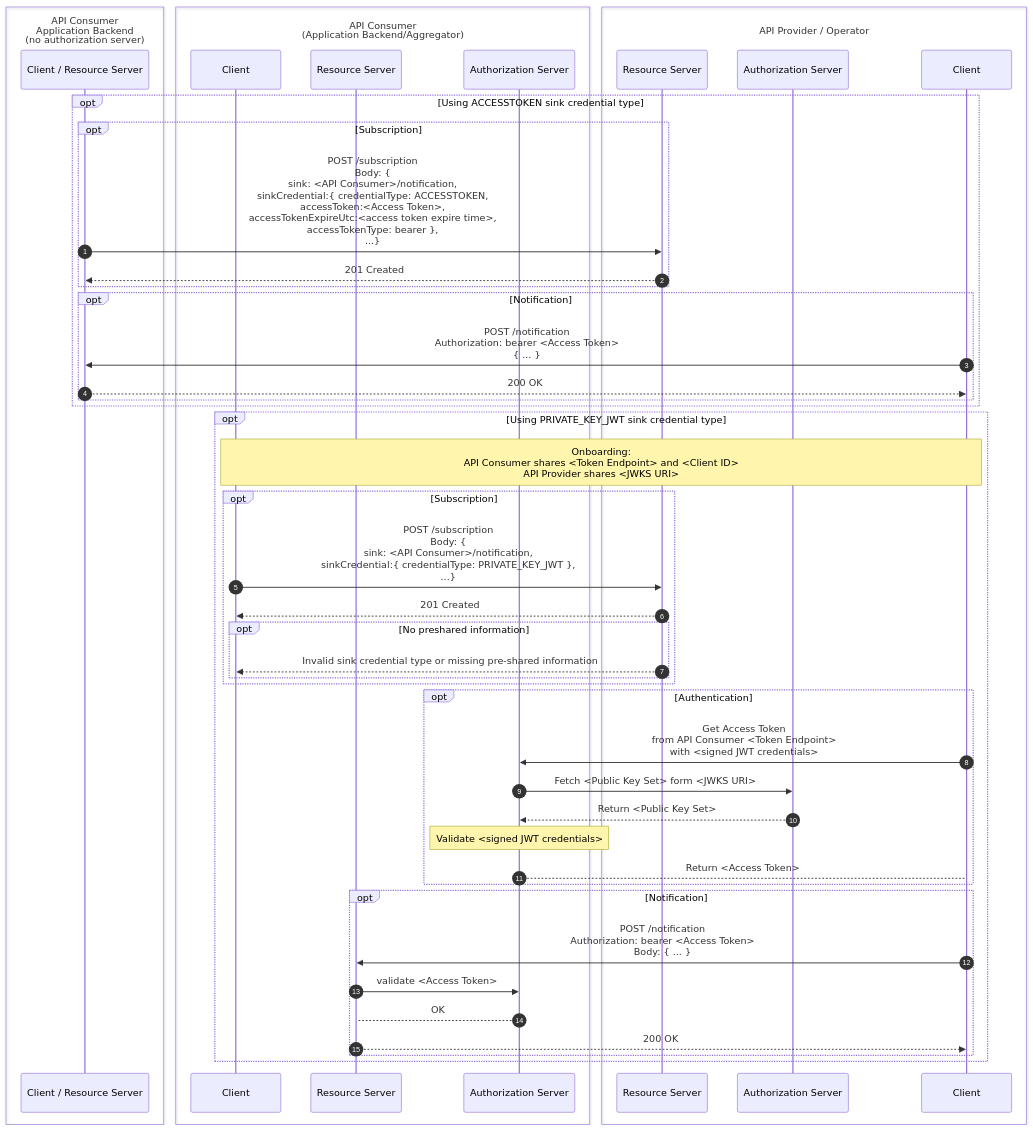
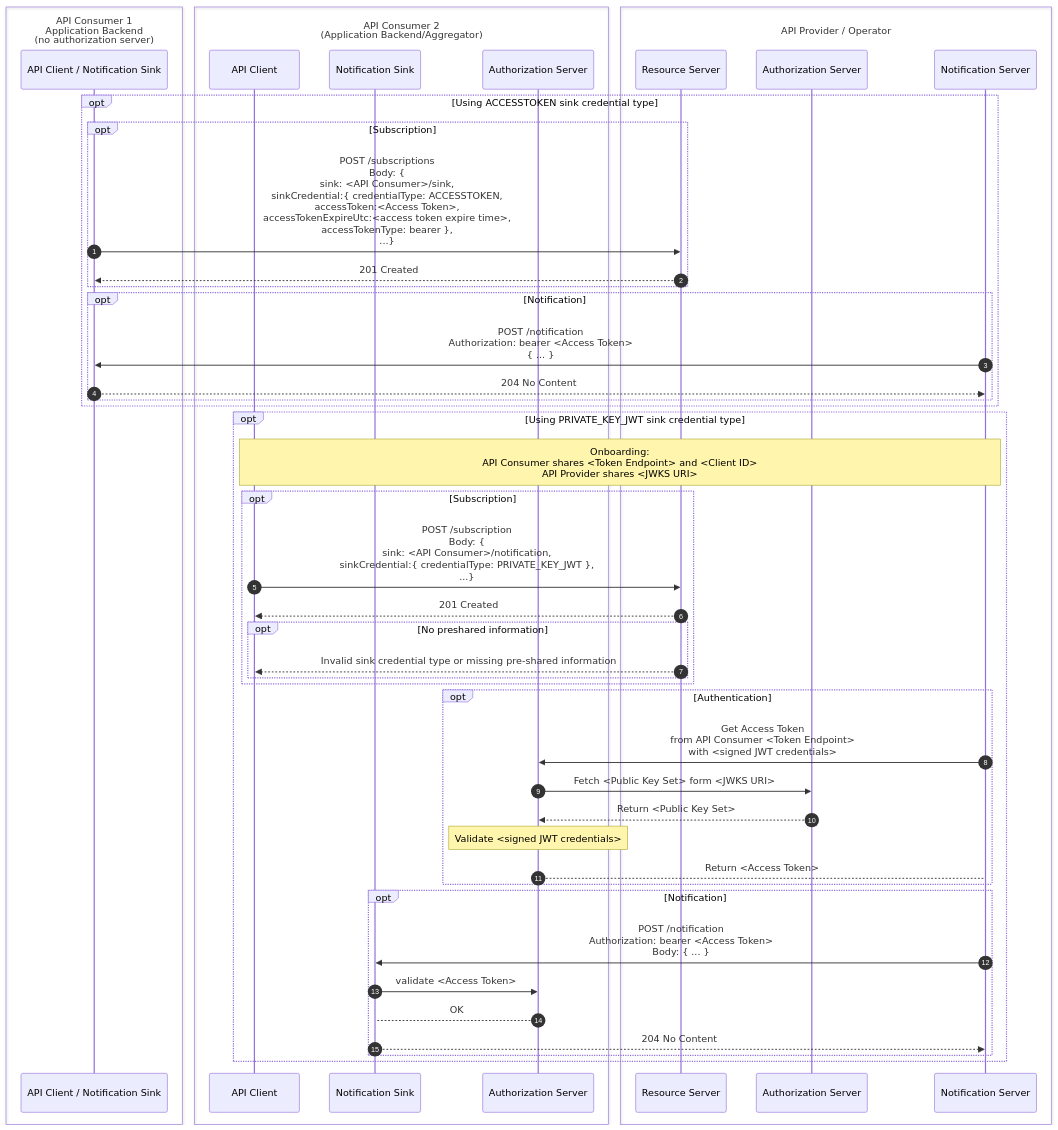
The diagram in documentation/CAMARA-API-Event-Subscription-and-Notification-Guide.md (camaraproject/Commonalities), drawn with Mermaid before and after one commit.

Commit message:
Apply suggestions from code review

````diff
--- a/documentation/CAMARA-API-Event-Subscription-and-Notification-Guide.md
+++ b/documentation/CAMARA-API-Event-Subscription-and-Notification-Guide.md
@@ -638,54 +638,54 @@
 ```mermaid
 sequenceDiagram
   autonumber
-  box API Consumer<br>Application Backend<br>(no authorization server)
-    participant appbe as Client / Resource Server
+  box API Consumer 1<br>Application Backend<br>(no authorization server)
+    participant appbe as API Client / Notification Sink
   end
-  box API Consumer<br>(Application Backend/Aggregator)
-    participant appclient as Client 
-    participant appres as Resource Server 
+  box API Consumer 2<br>(Application Backend/Aggregator)
+    participant appclient as API Client 
+    participant appres as Notification Sink 
     participant appauth as Authorization Server
   end
   box API Provider / Operator
     participant cspres as Resource Server
     participant cspauth as Authorization Server
-    participant cspclient as Client
+    participant cspclient as Notification Server
   end
 
    
   opt Using ACCESSTOKEN sink credential type
     opt Subscription
-      appbe ->> cspres: POST /subscription<br>Body: {<br>sink: <API Consumer>/notification,<br>sinkCredential:{ credentialType: ACCESSTOKEN,<br>accessToken:<Access Token>,<br>accessTokenExpireUtc:<access token expire time>,<br>accessTokenType: bearer },<br>...}
+      appbe ->> cspres: POST /subscriptions<br>Body: {<br>sink: <API Consumer>/sink,<br>sinkCredential:{ credentialType: ACCESSTOKEN,<br>accessToken:<Access Token>,<br>accessTokenExpireUtc:<access token expire time>,<br>accessTokenType: bearer },<br>...}
       cspres -->> appbe: 201 Created
     end
     opt Notification
       cspclient ->> appbe: POST /notification<br>Authorization: bearer <Access Token><br>{ ... }
-      appbe -->> cspclient: 200 OK
+      appbe -->> cspclient: 204 No Content
     end
   end
 
   opt Using PRIVATE_KEY_JWT sink credential type
     note over appclient,cspclient: Onboarding: <br> API Consumer shares <Token Endpoint> and <Client ID><br>API Provider shares <JWKS URI>
     opt Subscription
       appclient ->> cspres: POST /subscription<br>Body: {<br>sink: <API Consumer>/notification,<br>sinkCredential:{ credentialType: PRIVATE_KEY_JWT },<br>...}
       cspres -->> appclient: 201 Created
       opt No preshared information
       cspres -->> appclient: Invalid sink credential type or missing pre-shared information 
       end
     end
     opt Authentication
       cspclient->>appauth: Get Access Token<br>from API Consumer <Token Endpoint><br>with <signed JWT credentials>
       appauth->>cspauth: Fetch <Public Key Set> form <JWKS URI>
       cspauth-->>appauth: Return <Public Key Set>
       note over appauth: Validate <signed JWT credentials>
       appauth-->cspclient: Return <Access Token>
     end
 
     opt Notification
       cspclient ->> appres: POST /notification<br>Authorization: bearer <Access Token><br>Body: { ... }
       appres->>appauth: validate <Access Token>
       appauth-->appres: OK
-      appres -->> cspclient: 200 OK
+      appres -->> cspclient: 204 No Content
     end
   end
 ```
````
